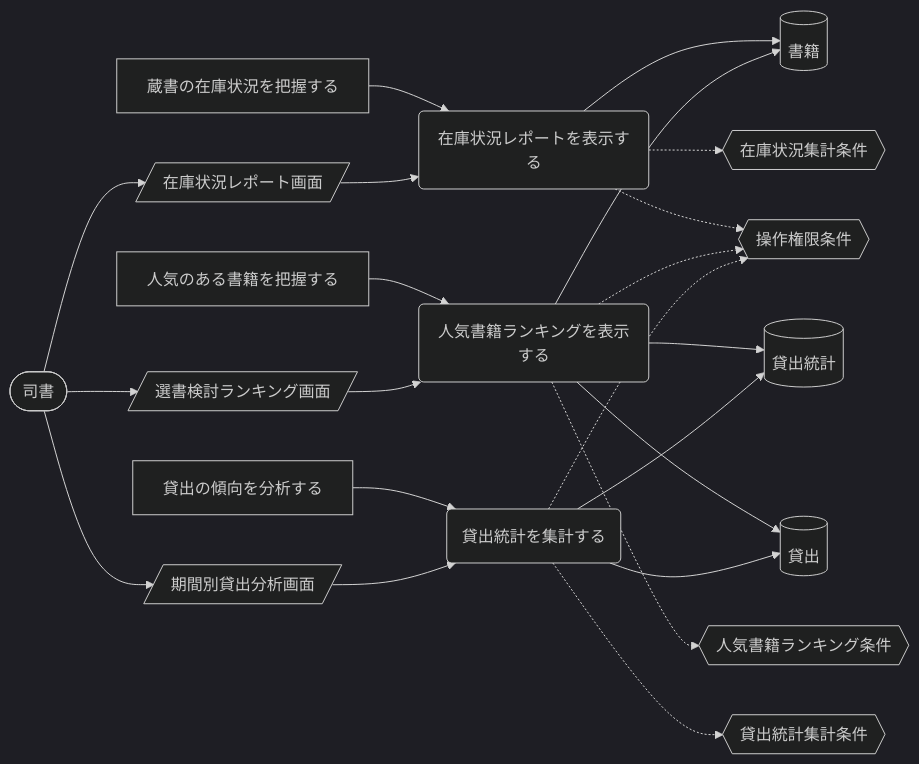
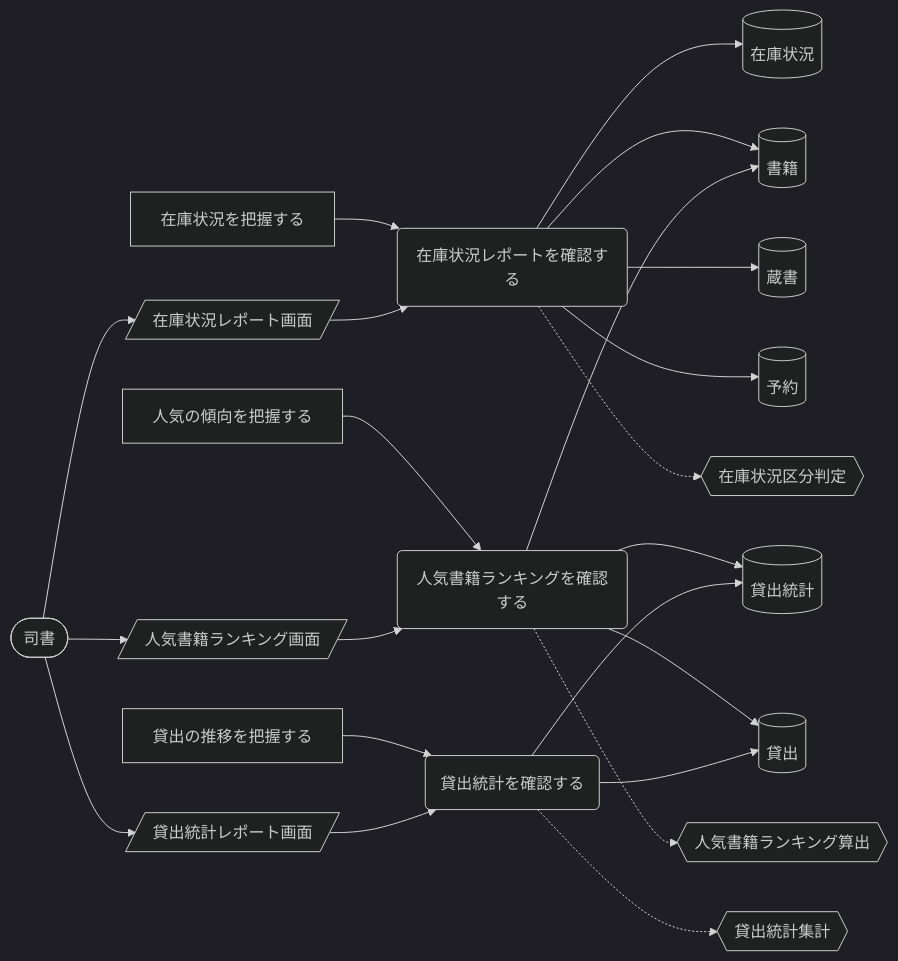
One commit to suwa-sh/suwa-sh-claude-plugins changed diagram 11 of 11 in samples/distillery2/library-loan/docs/requirements/rdra/views/04_UC複合図.md. Above: the diagram before and after it, drawn with Mermaid (dark theme). The commit also changed other lines of this file and 249 other files, not shown here.

````diff
--- a/samples/distillery2/library-loan/docs/requirements/rdra/views/04_UC複合図.md
+++ b/samples/distillery2/library-loan/docs/requirements/rdra/views/04_UC複合図.md
@@ -515,41 +415,43 @@
 ```mermaid
 graph LR
-  UC1("在庫状況レポートを表示する")
-  AT1["蔵書の在庫状況を把握する"]
-  IF1[("書籍")]
-  CD1{{"在庫状況集計条件"}}
-  CD2{{"操作権限条件"}}
+  UC1("在庫状況レポートを確認する")
+  AT1["在庫状況を把握する"]
+  IF1[("在庫状況")]
+  IF2[("書籍")]
+  IF3[("蔵書")]
+  IF4[("予約")]
+  CD1{{"在庫状況区分判定"}}
   SC1[/"在庫状況レポート画面"/]
   AC1(["司書"])
-  UC2("人気書籍ランキングを表示する")
-  AT2["人気のある書籍を把握する"]
-  IF2[("貸出統計")]
-  IF3[("貸出")]
-  CD3{{"人気書籍ランキング条件"}}
-  SC2[/"選書検討ランキング画面"/]
-  UC3("貸出統計を集計する")
-  AT3["貸出の傾向を分析する"]
-  CD4{{"貸出統計集計条件"}}
-  SC3[/"期間別貸出分析画面"/]
+  UC2("人気書籍ランキングを確認する")
+  AT2["人気の傾向を把握する"]
+  IF5[("貸出統計")]
+  IF6[("貸出")]
+  CD2{{"人気書籍ランキング算出"}}
+  SC2[/"人気書籍ランキング画面"/]
+  UC3("貸出統計を確認する")
+  AT3["貸出の推移を把握する"]
+  CD3{{"貸出統計集計"}}
+  SC3[/"貸出統計レポート画面"/]
   AT1 --> UC1
   UC1 --> IF1
+  UC1 --> IF2
+  UC1 --> IF3
+  UC1 --> IF4
   UC1 -.-> CD1
-  UC1 -.-> CD2
   AC1 --> SC1
   SC1 --> UC1
   AT2 --> UC2
+  UC2 --> IF5
+  UC2 --> IF6
   UC2 --> IF2
-  UC2 --> IF3
-  UC2 --> IF1
-  UC2 -.-> CD3
   UC2 -.-> CD2
   AC1 --> SC2
   SC2 --> UC2
   AT3 --> UC3
-  UC3 --> IF2
-  UC3 --> IF3
-  UC3 -.-> CD4
-  UC3 -.-> CD2
+  UC3 --> IF5
+  UC3 --> IF6
+  UC3 -.-> CD3
   AC1 --> SC3
   SC3 --> UC3
 ```
````
